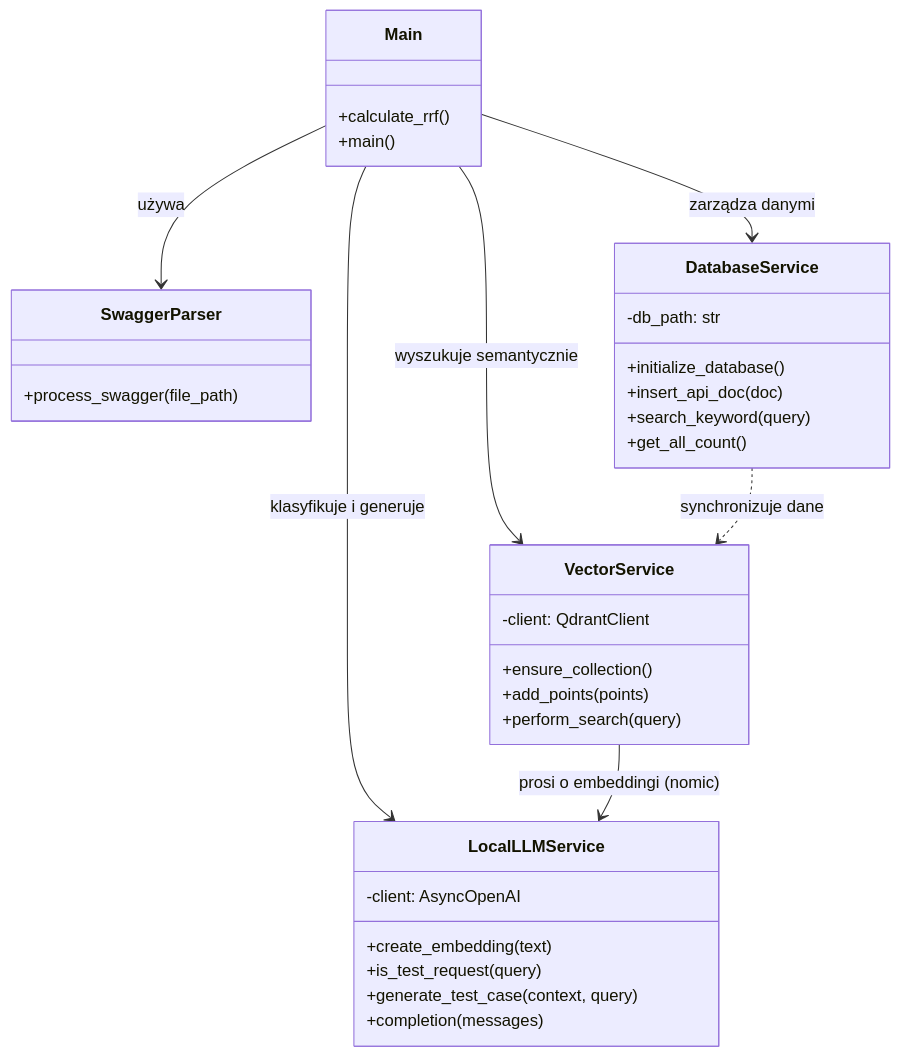
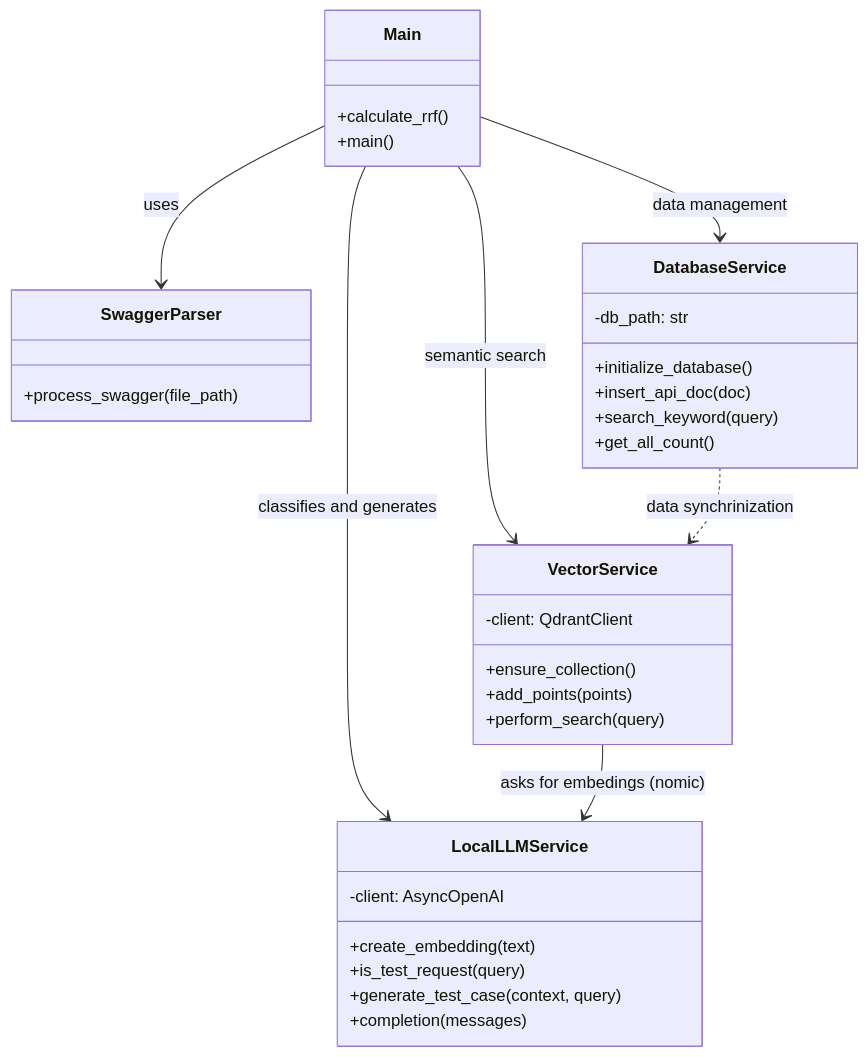
Before and after one commit to krzysztofzm/RAG-workshop: the second of 4 diagrams in Architecture.md, drawn with Mermaid. The commit also changed other lines of this file and 6 other files, not shown here.

````diff
--- a/Architecture.md
+++ b/Architecture.md
@@ -38,37 +36,37 @@
 ```mermaid
 classDiagram
     class Main {
         +calculate_rrf()
         +main()
     }
     class SwaggerParser {
         +process_swagger(file_path)
     }
     class DatabaseService {
         -db_path: str
         +initialize_database()
         +insert_api_doc(doc)
         +search_keyword(query)
         +get_all_count()
     }
     class VectorService {
         -client: QdrantClient
         +ensure_collection()
         +add_points(points)
         +perform_search(query)
     }
     class LocalLLMService {
         -client: AsyncOpenAI
         +create_embedding(text)
         +is_test_request(query)
         +generate_test_case(context, query)
         +completion(messages)
     }
 
-    Main --> SwaggerParser : używa
-    Main --> DatabaseService : zarządza danymi
-    Main --> VectorService : wyszukuje semantycznie
-    Main --> LocalLLMService : klasyfikuje i generuje
-    DatabaseService ..> VectorService : synchronizuje dane
-    VectorService --> LocalLLMService : prosi o embeddingi (nomic)
+    Main --> SwaggerParser : uses
+    Main --> DatabaseService : data management
+    Main --> VectorService : semantic search
+    Main --> LocalLLMService : classifies and generates
+    DatabaseService ..> VectorService : data synchrinization
+    VectorService --> LocalLLMService : asks for embedings (nomic)
 ```
````
